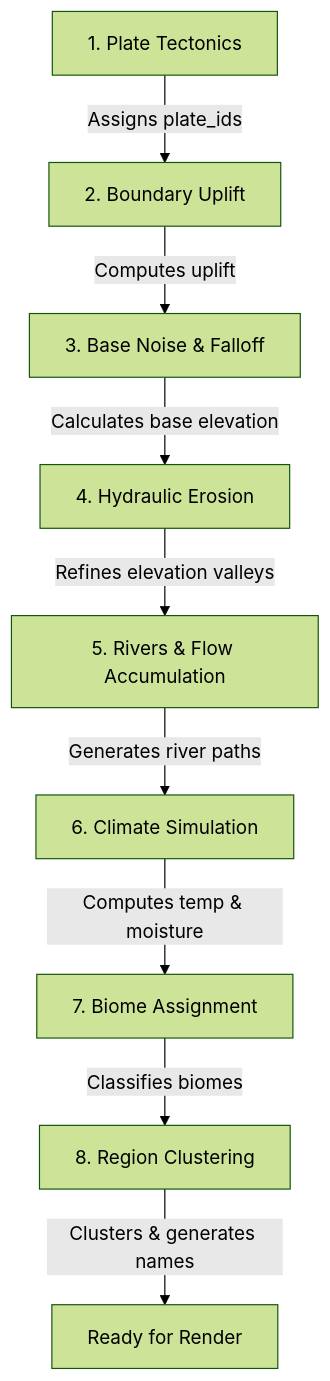
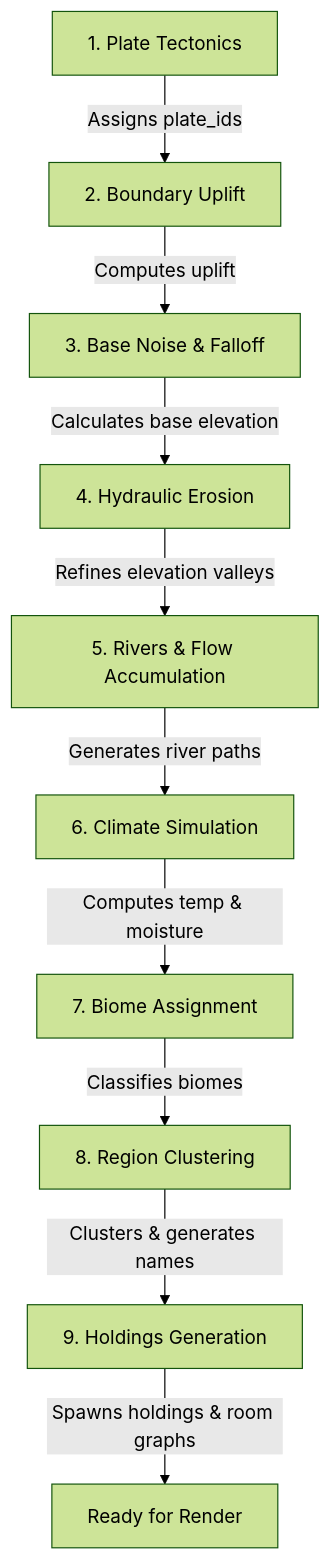
Before and after one commit to chryote/hextile: the diagram in HEXTILE.md, drawn with Mermaid (forest theme). The commit also changed other lines of this file and 9 other files, not shown here.

````diff
--- a/HEXTILE.md
+++ b/HEXTILE.md
@@ -125,11 +151,12 @@
 ```mermaid
 graph TD
     A[1. Plate Tectonics] -->|Assigns plate_ids| B[2. Boundary Uplift]
     B -->|Computes uplift| C[3. Base Noise & Falloff]
     C -->|Calculates base elevation| D[4. Hydraulic Erosion]
     D -->|Refines elevation valleys| E[5. Rivers & Flow Accumulation]
     E -->|Generates river paths| F[6. Climate Simulation]
     F -->|Computes temp & moisture| G[7. Biome Assignment]
     G -->|Classifies biomes| H[8. Region Clustering]
-    H -->|Clusters & generates names| Finished[Ready for Render]
+    H -->|Clusters & generates names| I[9. Holdings Generation]
+    I -->|Spawns holdings & room graphs| Finished[Ready for Render]
 ```
````
